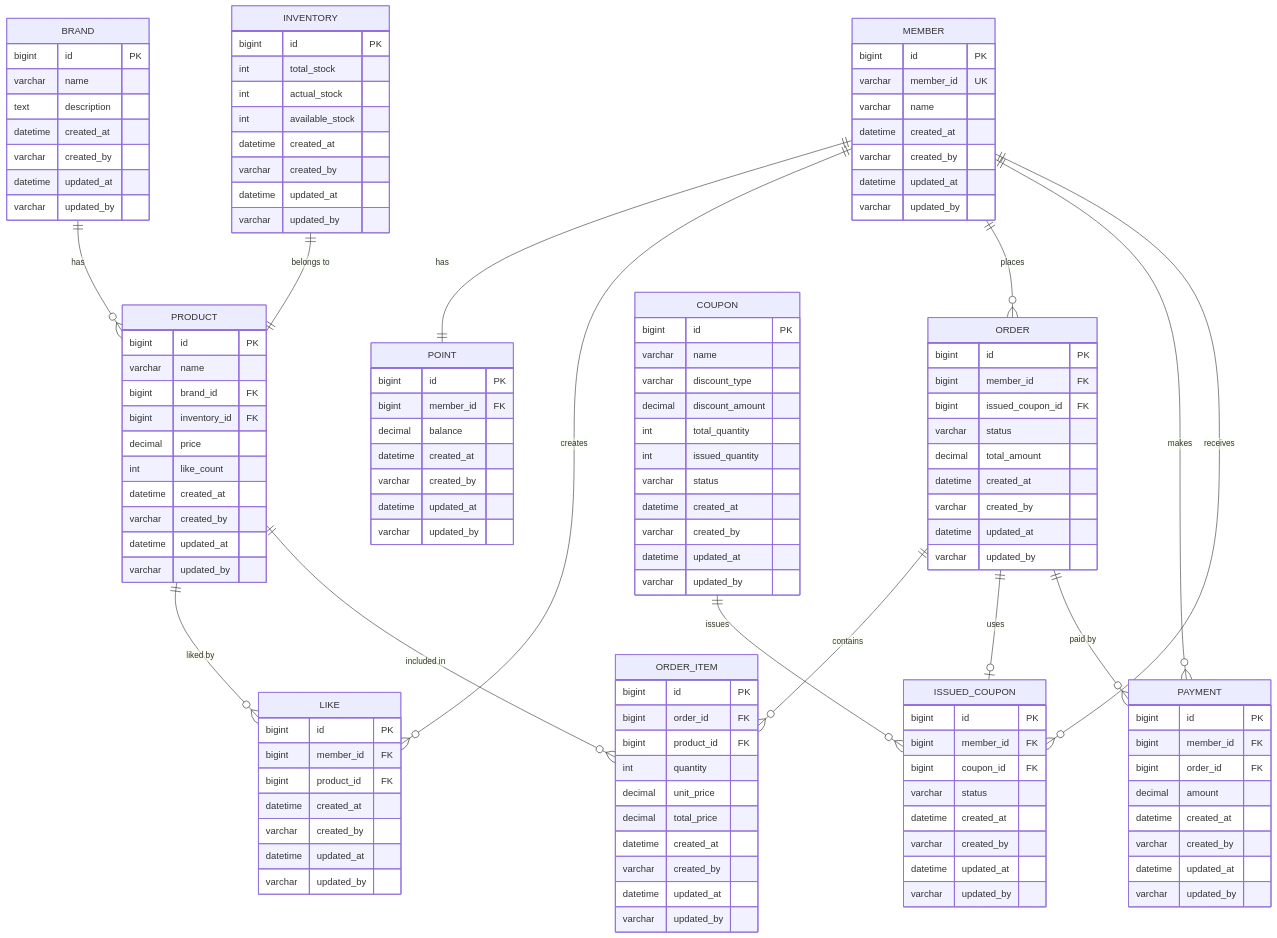
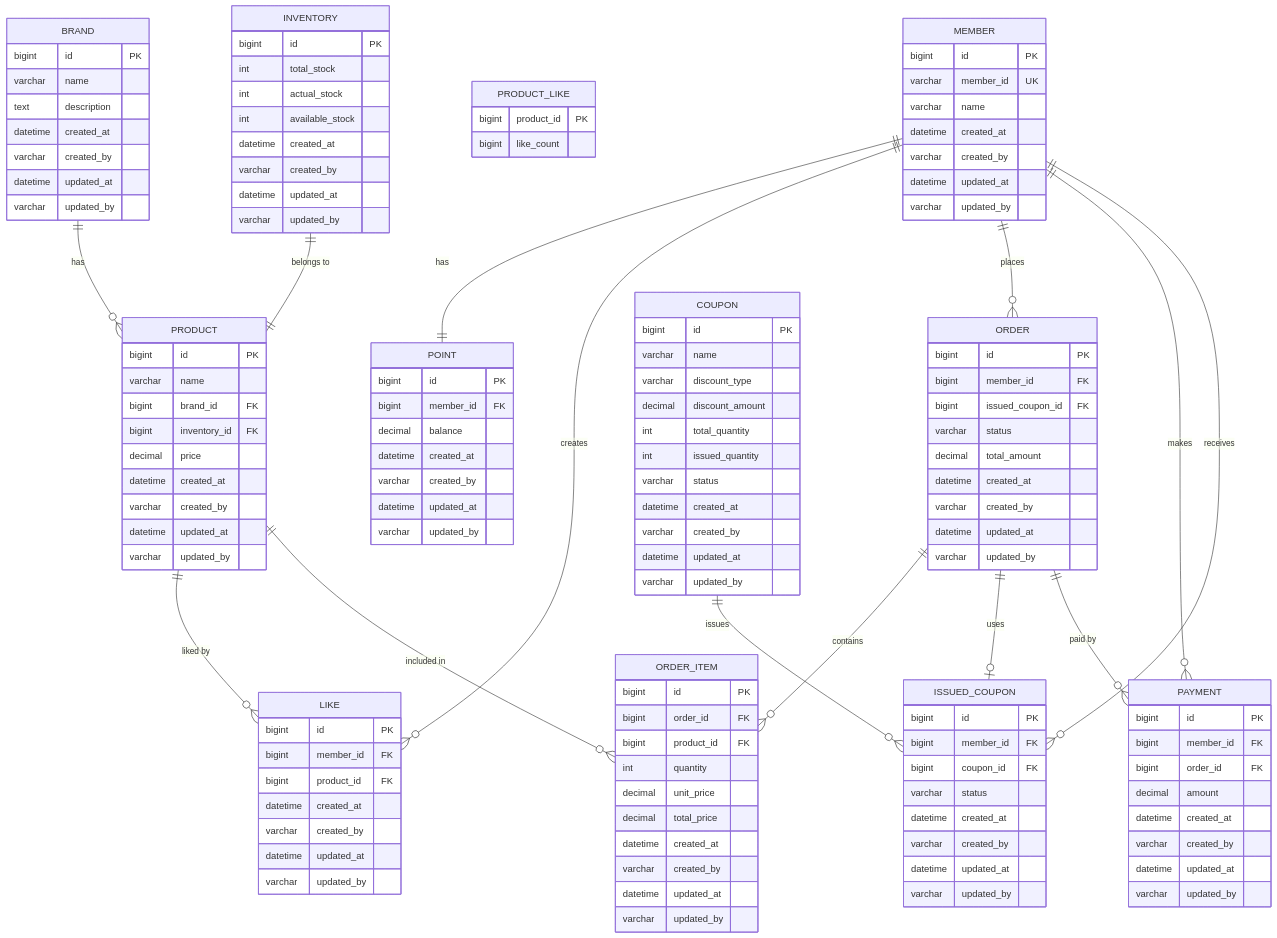
One commit to o3ozzvb/kotlin-ecommerce changed the diagram in docs/design/04-erd.md. Above: the diagram before and after it, drawn with Mermaid.

Commit message:
docs: ERD 수정  - PRODUCT like_count 정규화

```diff
--- a/docs/design/04-erd.md
+++ b/docs/design/04-erd.md
@@ -37,11 +37,15 @@
         bigint brand_id FK
         bigint inventory_id FK
         decimal price
-        int like_count
         datetime created_at
         varchar created_by
         datetime updated_at
         varchar updated_by
+    }
+    
+    PRODUCT_LIKE {
+        bigint product_id PK
+        bigint like_count
     }
     
     INVENTORY {
```
